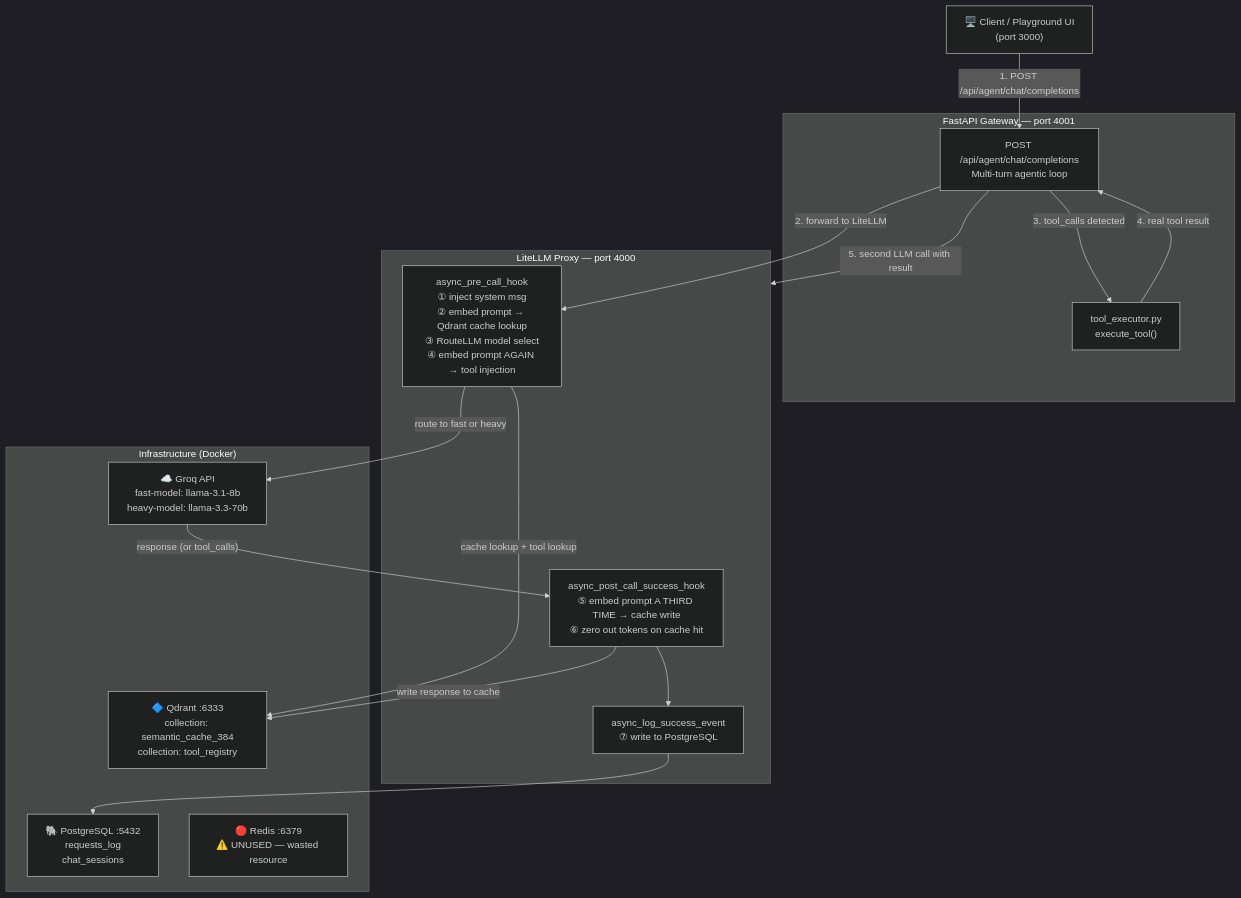
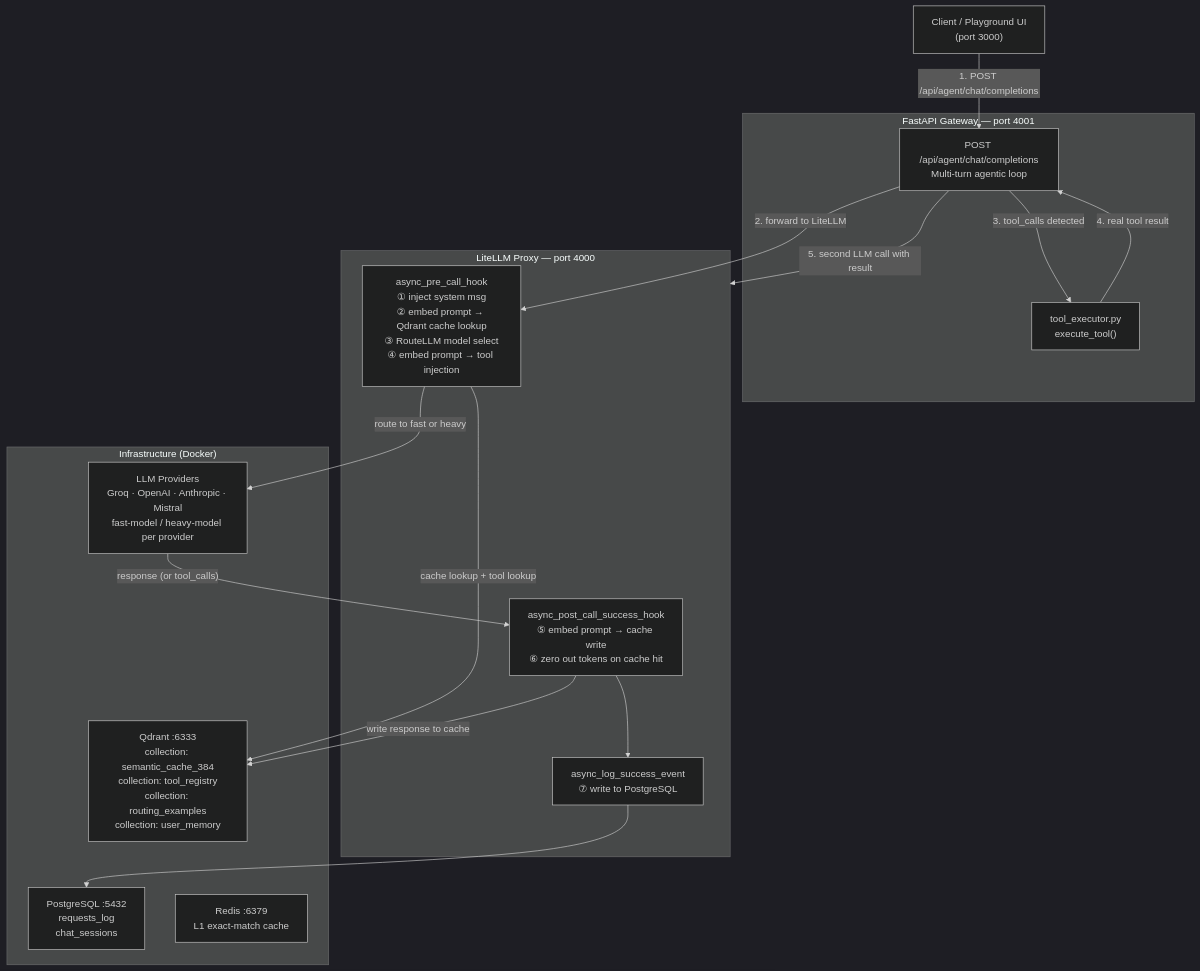
One commit to AdityaS006/TAPIOD changed the first of 4 diagrams in docs/architecture.md. Above: the diagram before and after it, drawn with Mermaid (dark theme). The commit also changed other lines of this file, not shown here.

Commit message:
docs: rewrite architecture.md as clean user-facing technical reference

````diff
--- a/docs/architecture.md
+++ b/docs/architecture.md
@@ -5,34 +5,34 @@
 ```mermaid
 flowchart TD
-    Client["🖥️ Client / Playground UI\n(port 3000)"]
+    Client["Client / Playground UI\n(port 3000)"]
 
     subgraph FastAPI ["FastAPI Gateway — port 4001"]
         AgentLoop["POST /api/agent/chat/completions\nMulti-turn agentic loop"]
         ToolExec["tool_executor.py\nexecute_tool()"]
     end
 
     subgraph LiteLLM ["LiteLLM Proxy — port 4000"]
-        PreHook["async_pre_call_hook\n① inject system msg\n② embed prompt → Qdrant cache lookup\n③ RouteLLM model select\n④ embed prompt AGAIN → tool injection"]
-        PostHook["async_post_call_success_hook\n⑤ embed prompt A THIRD TIME → cache write\n⑥ zero out tokens on cache hit"]
+        PreHook["async_pre_call_hook\n① inject system msg\n② embed prompt → Qdrant cache lookup\n③ RouteLLM model select\n④ embed prompt → tool injection"]
+        PostHook["async_post_call_success_hook\n⑤ embed prompt → cache write\n⑥ zero out tokens on cache hit"]
         LogHook["async_log_success_event\n⑦ write to PostgreSQL"]
     end
 
     subgraph Infra ["Infrastructure (Docker)"]
-        Qdrant["🔷 Qdrant :6333\ncollection: semantic_cache_384\ncollection: tool_registry"]
-        Postgres["🐘 PostgreSQL :5432\nrequests_log\nchat_sessions"]
-        Redis["🔴 Redis :6379\n⚠️ UNUSED — wasted resource"]
-        Groq["☁️ Groq API\nfast-model: llama-3.1-8b\nheavy-model: llama-3.3-70b"]
+        Qdrant["Qdrant :6333\ncollection: semantic_cache_384\ncollection: tool_registry\ncollection: routing_examples\ncollection: user_memory"]
+        Postgres["PostgreSQL :5432\nrequests_log\nchat_sessions"]
+        Redis["Redis :6379\nL1 exact-match cache"]
+        Providers["LLM Providers\nGroq · OpenAI · Anthropic · Mistral\nfast-model / heavy-model per provider"]
     end
 
     Client -->|"1. POST /api/agent/chat/completions"| AgentLoop
     AgentLoop -->|"2. forward to LiteLLM"| PreHook
     PreHook -->|"cache lookup + tool lookup"| Qdrant
-    PreHook -->|"route to fast or heavy"| Groq
-    Groq -->|"response (or tool_calls)"| PostHook
+    PreHook -->|"route to fast or heavy"| Providers
+    Providers -->|"response (or tool_calls)"| PostHook
     PostHook -->|"write response to cache"| Qdrant
     PostHook --> LogHook
     LogHook --> Postgres
     AgentLoop -->|"3. tool_calls detected"| ToolExec
     ToolExec -->|"4. real tool result"| AgentLoop
     AgentLoop -->|"5. second LLM call with result"| LiteLLM
 ```
````
